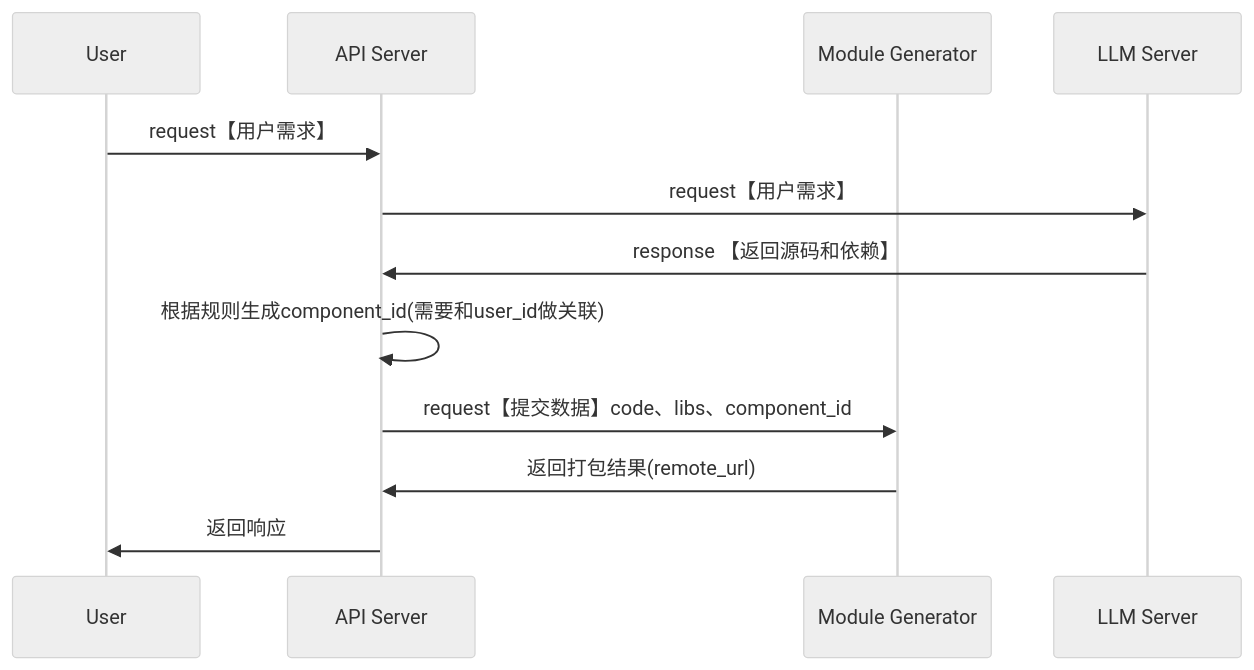
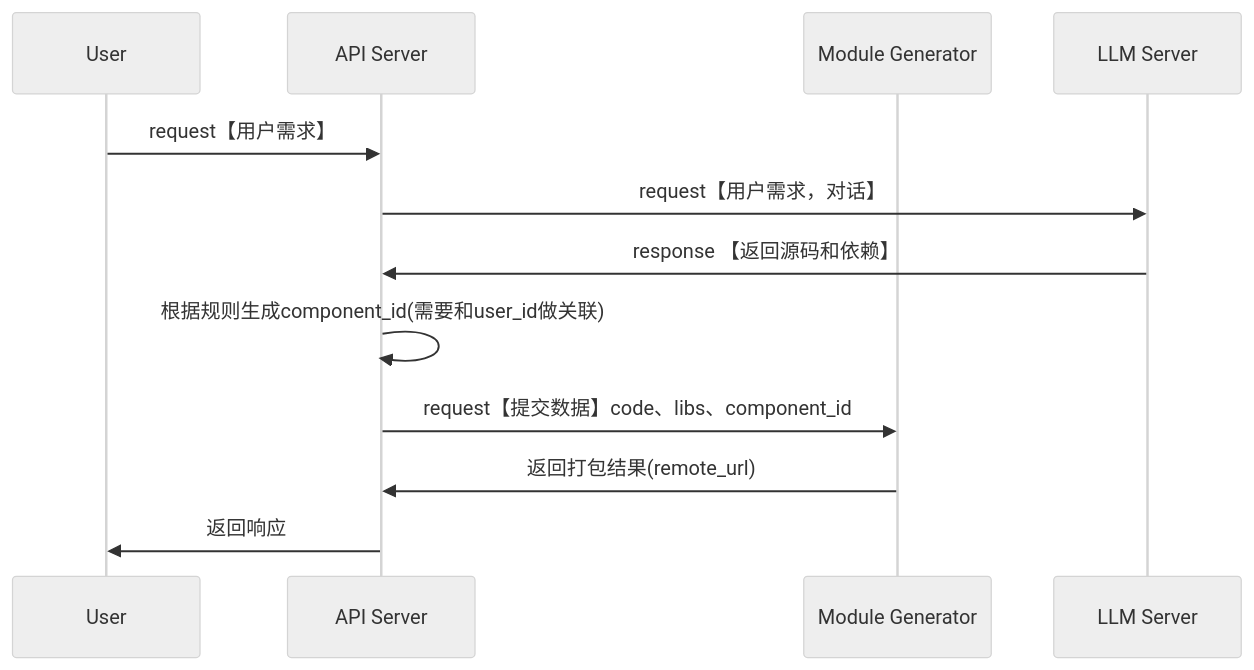
One commit to yingjianzh/iodraw-files changed the diagram in all/w3-基础流程.md. Above: the diagram before and after it, drawn with Mermaid (neutral theme).

Commit message:
2024-10-09 16:26:28 update

````diff
--- a/all/w3-基础流程.md
+++ b/all/w3-基础流程.md
@@ -1,16 +1,16 @@
 ```mermaid
 sequenceDiagram
     participant User
     participant API Server
     participant Module Generator
     participant LLM Server
 
     User->>API Server: request【用户需求】
-    API Server->>LLM Server: request【用户需求】
+    API Server->>LLM Server: request【用户需求，对话】
     LLM Server->>API Server: response 【返回源码和依赖】
     API Server->>API Server: 根据规则生成component_id(需要和user_id做关联)
     API Server->>Module Generator: request【提交数据】code、libs、component_id
     Module Generator->>API Server: 返回打包结果(remote_url)
     
     API Server->>User: 返回响应
 ```
````
